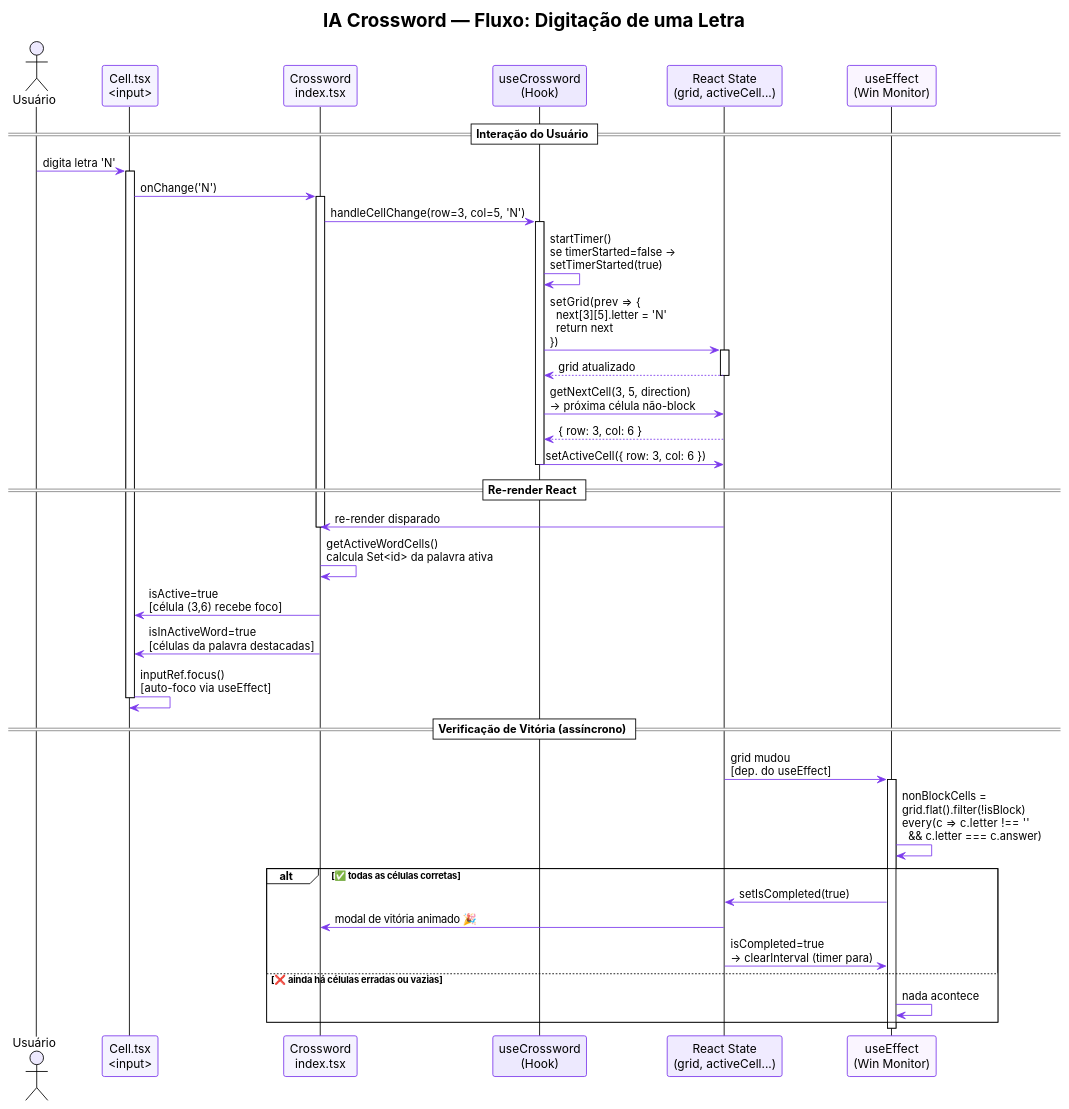
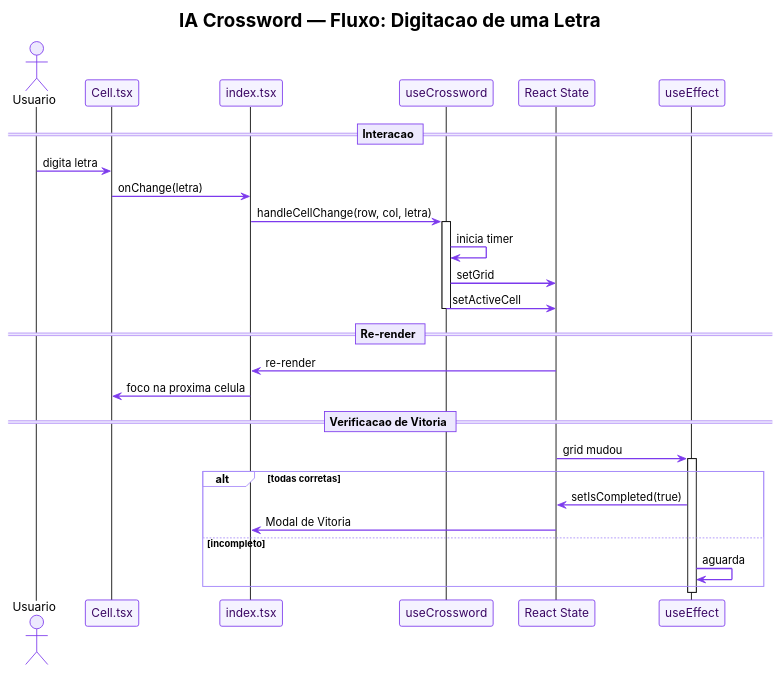
One commit to cassiocostadgs/gameWord changed the second of 5 diagrams in diagrama.puml. Above: the diagram before and after it, drawn with PlantUML. The commit also changed other lines of this file and 1 other file, not shown here.

```diff
--- a/diagrama.puml
+++ b/diagrama.puml
@@ -83,76 +76,64 @@
 @startuml FluxoDigitacao
 
-title IA Crossword — Fluxo: Digitação de uma Letra
+title IA Crossword — Fluxo: Digitacao de uma Letra
 
 !theme plain
 skinparam defaultFontName Inter
 skinparam ArrowColor #7C3AED
-skinparam SequenceBoxBorderColor #C4B5FD
-skinparam SequenceBoxBackgroundColor #F5F3FF
-skinparam ParticipantBorderColor #7C3AED
-skinparam ParticipantBackgroundColor #FDFBFF
-skinparam NoteBackgroundColor #FAF5FF
-skinparam NoteBorderColor #A78BFA
+skinparam ArrowThickness 1.5
 
-actor "Usuário" as User #EDE9FE
-participant "Cell.tsx\n<input>" as Cell #F5F3FF
-participant "Crossword\nindex.tsx" as UI #F5F3FF
-participant "useCrossword\n(Hook)" as Hook #EDE9FE
-participant "React State\n(grid, activeCell...)" as State #F0EBFF
-participant "useEffect\n(Win Monitor)" as WinEffect #FAF5FF
+skinparam participant {
+  BorderColor #7C3AED
+  BackgroundColor #F5F3FF
+  FontColor #3B0764
+}
 
-== Interação do Usuário ==
+skinparam actor {
+  BorderColor #7C3AED
+  BackgroundColor #EDE9FE
+}
 
-User -> Cell : digita letra 'N'
-activate Cell
+skinparam sequence {
+  DividerBackgroundColor #EDE9FE
+  DividerBorderColor #7C3AED
+  GroupBorderColor #A78BFA
+}
 
-Cell -> UI : onChange('N')
-activate UI
+skinparam note {
+  BackgroundColor #FAF5FF
+  BorderColor #A78BFA
+}
 
-UI -> Hook : handleCellChange(row=3, col=5, 'N')
+actor       "Usuario"      as User
+participant "Cell.tsx"     as Cell
+participant "index.tsx"    as UI
+participant "useCrossword" as Hook
+participant "React State"  as State
+participant "useEffect"    as Effect
+
+== Interacao ==
+User  -> Cell  : digita letra
+Cell  -> UI    : onChange(letra)
+UI    -> Hook  : handleCellChange(row, col, letra)
 activate Hook
-
-Hook -> Hook : startTimer()\nse timerStarted=false →\nsetTimerStarted(true)
-
-Hook -> State : setGrid(prev => {\n  next[3][5].letter = 'N'\n  return next\n})
-activate State
-
-State --> Hook : grid atualizado
-deactivate State
-
-Hook -> State : getNextCell(3, 5, direction)\n→ próxima célula não-block
-State --> Hook : { row: 3, col: 6 }
-
-Hook -> State : setActiveCell({ row: 3, col: 6 })
+Hook  -> Hook  : inicia timer
+Hook  -> State : setGrid
+Hook  -> State : setActiveCell
 deactivate Hook
 
-== Re-render React ==
+== Re-render ==
+State -> UI   : re-render
+UI    -> Cell : foco na proxima celula
 
-State -> UI : re-render disparado
-deactivate UI
-
-UI -> UI : getActiveWordCells()\ncalcula Set<id> da palavra ativa
-
-UI -> Cell : isActive=true\n[célula (3,6) recebe foco]
-UI -> Cell : isInActiveWord=true\n[células da palavra destacadas]
-Cell -> Cell : inputRef.focus()\n[auto-foco via useEffect]
-deactivate Cell
-
-== Verificação de Vitória (assíncrono) ==
-
-State -> WinEffect : grid mudou\n[dep. do useEffect]
-activate WinEffect
-
-WinEffect -> WinEffect : nonBlockCells =\ngrid.flat().filter(!isBlock)\nevery(c => c.letter !== ''\n  && c.letter === c.answer)
-
-alt ✅ todas as células corretas
-  WinEffect -> State : setIsCompleted(true)
-  State -> UI : modal de vitória animado 🎉
-  State -> WinEffect : isCompleted=true\n→ clearInterval (timer para)
-else ❌ ainda há células erradas ou vazias
-  WinEffect -> WinEffect : nada acontece
+== Verificacao de Vitoria ==
+State  -> Effect : grid mudou
+activate Effect
+alt todas corretas
+  Effect -> State : setIsCompleted(true)
+  State  -> UI    : Modal de Vitoria
+else incompleto
+  Effect -> Effect : aguarda
 end
-
-deactivate WinEffect
+deactivate Effect
 
 @enduml
```
